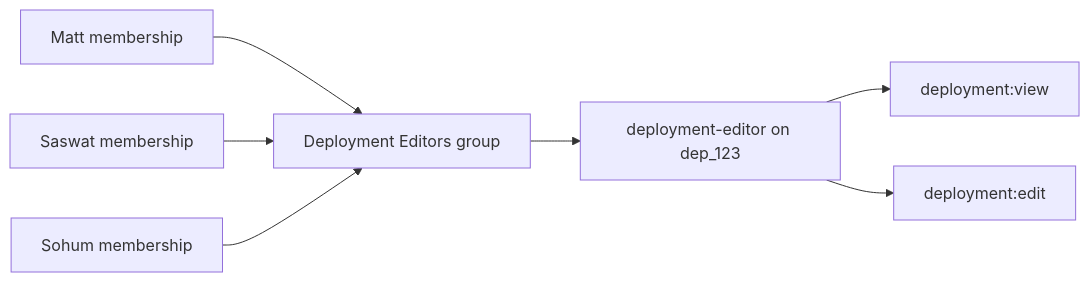
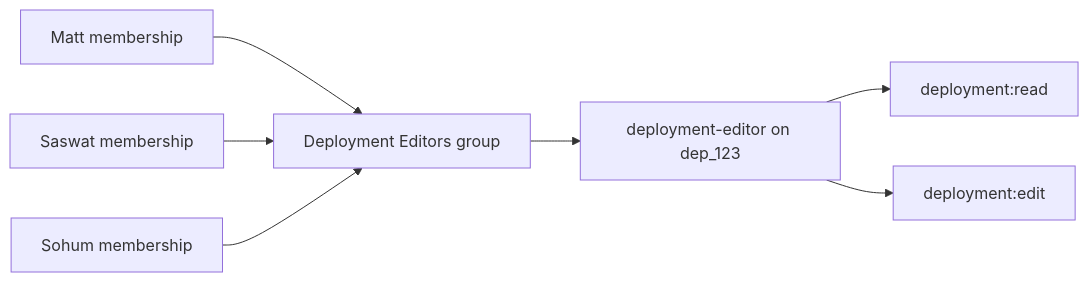
Before and after one commit to astropods/astro-cli: the first of 2 diagrams in docs/01-spec/deployment-fgac-rollout.md, drawn with Mermaid. The commit also changed other lines of this file and 29 other files, not shown here.

````diff
--- a/docs/01-spec/deployment-fgac-rollout.md
+++ b/docs/01-spec/deployment-fgac-rollout.md
@@ -32,9 +32,9 @@
 ```mermaid
 flowchart LR
     Matt["Matt membership"] --> Group["Deployment Editors group"]
     Saswat["Saswat membership"] --> Group
     Sohum["Sohum membership"] --> Group
     Group --> Assignment["deployment-editor on dep_123"]
-    Assignment --> View["deployment:view"]
+    Assignment --> Read["deployment:read"]
     Assignment --> Edit["deployment:edit"]
 ```
````
